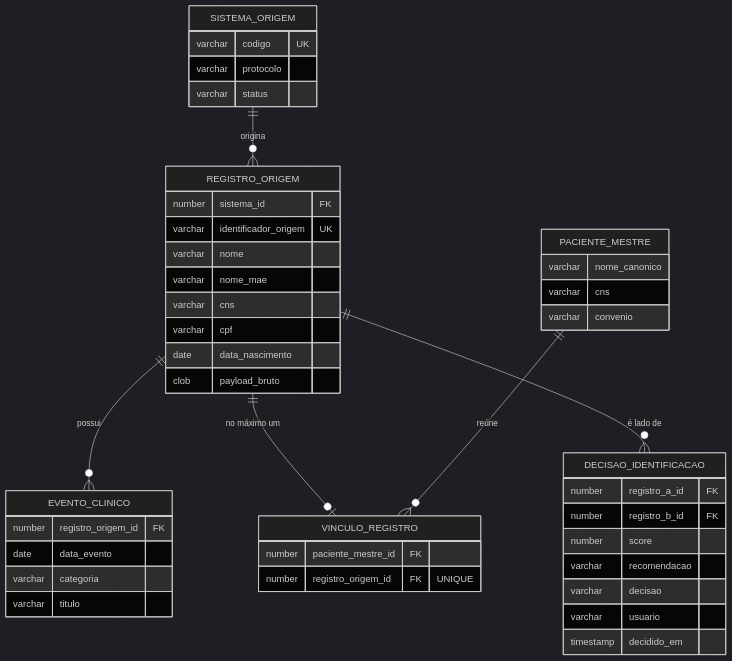
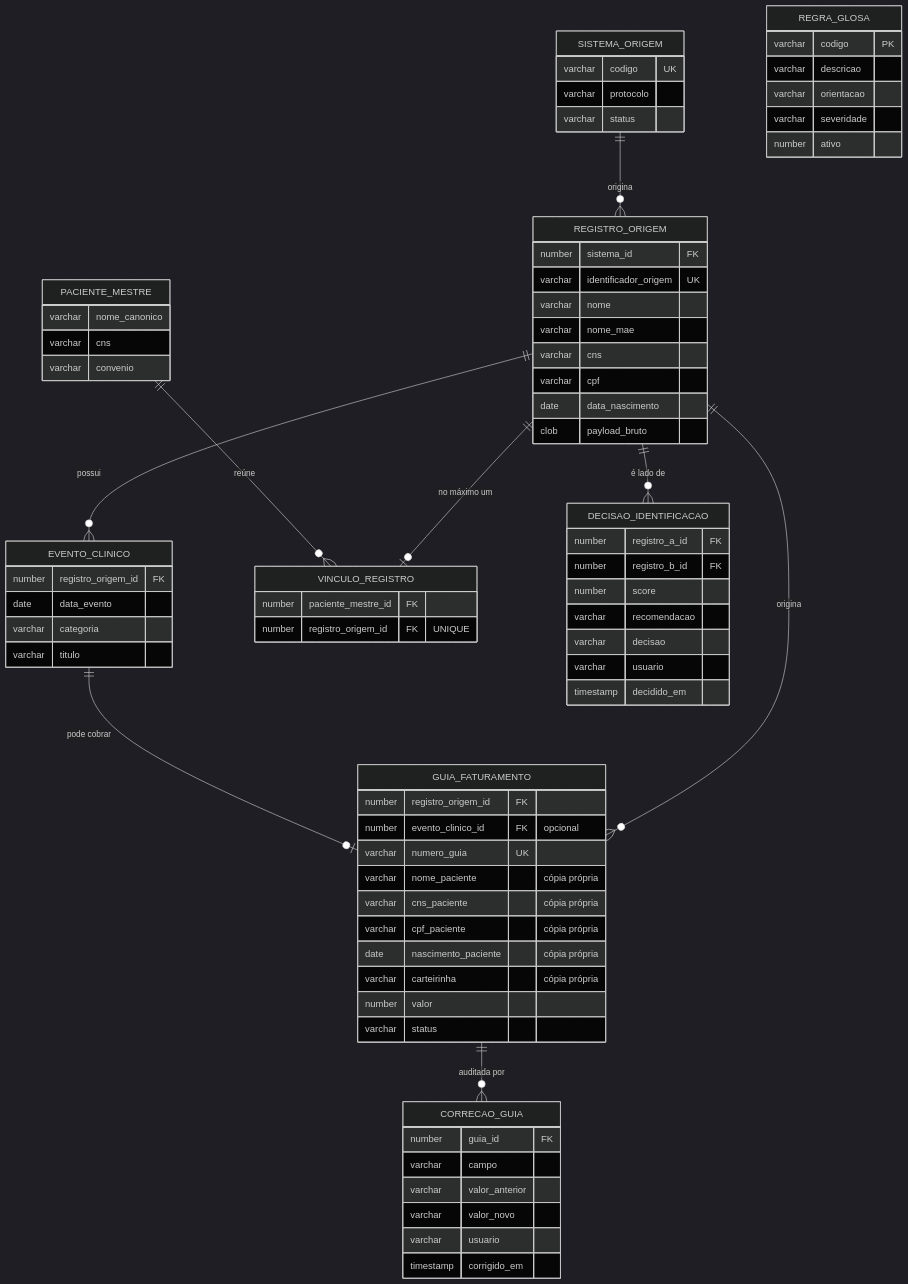
Before and after one commit to israelanacleto/sutura: the third of 4 diagrams in docs/arquitetura.md, drawn with Mermaid (dark theme). The commit also changed other lines of this file and 5 other files, not shown here.

First line of the commit message:
Documenta validação técnica, roadmap e teste de usabilidade

````diff
--- a/docs/arquitetura.md
+++ b/docs/arquitetura.md
@@ -94,48 +119,78 @@
 ```mermaid
 erDiagram
     SISTEMA_ORIGEM ||--o{ REGISTRO_ORIGEM : "origina"
     REGISTRO_ORIGEM ||--o{ EVENTO_CLINICO : "possui"
     REGISTRO_ORIGEM ||--o| VINCULO_REGISTRO : "no máximo um"
     PACIENTE_MESTRE ||--o{ VINCULO_REGISTRO : "reúne"
     REGISTRO_ORIGEM ||--o{ DECISAO_IDENTIFICACAO : "é lado de"
+    REGISTRO_ORIGEM ||--o{ GUIA_FATURAMENTO : "origina"
+    EVENTO_CLINICO ||--o| GUIA_FATURAMENTO : "pode cobrar"
+    GUIA_FATURAMENTO ||--o{ CORRECAO_GUIA : "auditada por"
 
     SISTEMA_ORIGEM {
         varchar codigo UK
         varchar protocolo
         varchar status
     }
     REGISTRO_ORIGEM {
         number sistema_id FK
         varchar identificador_origem UK
         varchar nome
         varchar nome_mae
         varchar cns
         varchar cpf
         date data_nascimento
         clob payload_bruto
     }
     PACIENTE_MESTRE {
         varchar nome_canonico
         varchar cns
         varchar convenio
     }
     VINCULO_REGISTRO {
         number paciente_mestre_id FK
         number registro_origem_id FK "UNIQUE"
     }
     EVENTO_CLINICO {
         number registro_origem_id FK
         date data_evento
         varchar categoria
         varchar titulo
     }
     DECISAO_IDENTIFICACAO {
         number registro_a_id FK
         number registro_b_id FK
         number score
         varchar recomendacao
         varchar decisao
         varchar usuario
         timestamp decidido_em
     }
+    GUIA_FATURAMENTO {
+        number registro_origem_id FK
+        number evento_clinico_id FK "opcional"
+        varchar numero_guia UK
+        varchar nome_paciente "cópia própria"
+        varchar cns_paciente "cópia própria"
+        varchar cpf_paciente "cópia própria"
+        date nascimento_paciente "cópia própria"
+        varchar carteirinha "cópia própria"
+        number valor
+        varchar status
+    }
+    REGRA_GLOSA {
+        varchar codigo PK
+        varchar descricao
+        varchar orientacao
+        varchar severidade
+        number ativo
+    }
+    CORRECAO_GUIA {
+        number guia_id FK
+        varchar campo
+        varchar valor_anterior
+        varchar valor_novo
+        varchar usuario
+        timestamp corrigido_em
+    }
 ```
````
